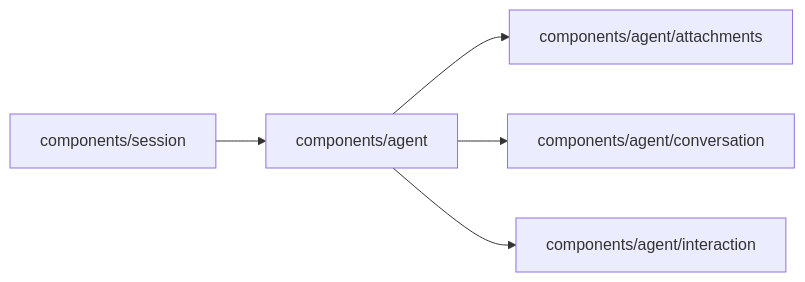
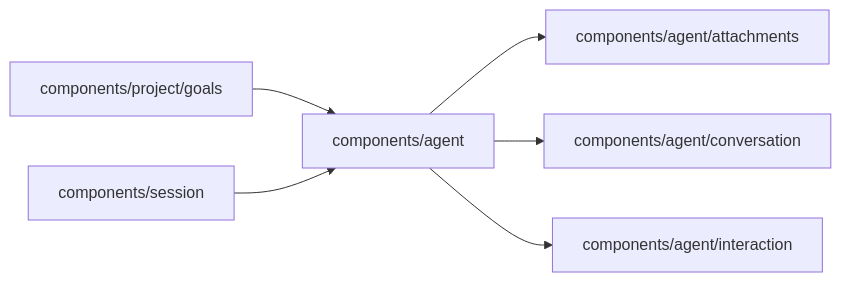
Before and after one commit to superdurable/superverse: the diagram in web/studio/components/agent/README.md, drawn with Mermaid. The commit also changed other lines of this file and 226 other files, not shown here.

````diff
--- a/web/studio/components/agent/README.md
+++ b/web/studio/components/agent/README.md
@@ -10,8 +10,9 @@
 ```mermaid
 flowchart LR
   self["components/agent"]
-  c0["components/session"] --> self
+  c0["components/project/goals"] --> self
+  c1["components/session"] --> self
   self --> d0["components/agent/attachments"]
   self --> d1["components/agent/conversation"]
   self --> d2["components/agent/interaction"]
 ```
````
